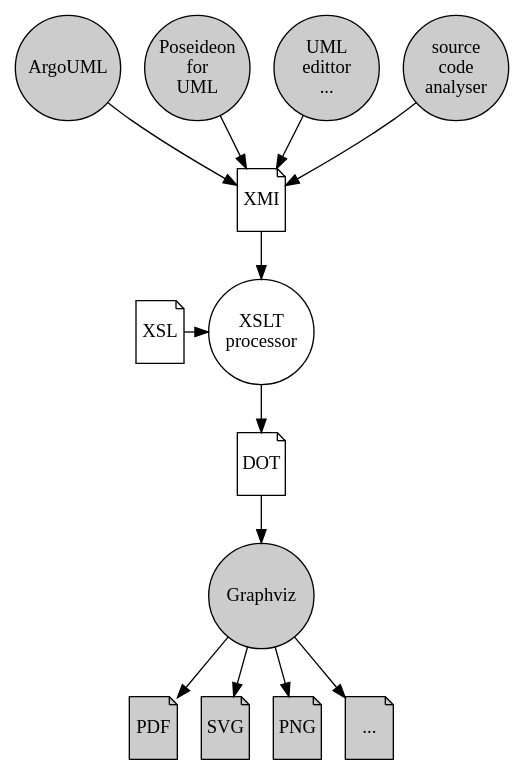
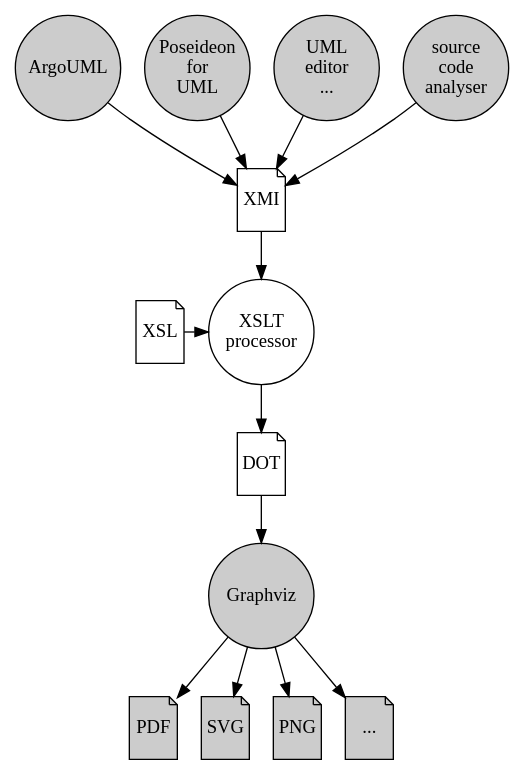
One commit to argouml-tigris-org/argouml-graphviz changed the diagram in www/flowchart.dot. Above: the diagram before and after it, drawn with Graphviz. The commit also changed 1 other file, not shown here.

```diff
--- a/www/flowchart.dot
+++ b/www/flowchart.dot
@@ -1,30 +1,30 @@
 digraph "flowchart" {
 	node [width=1.1 height=1.1 fixedsize=true ]
 	xmi [shape="note" label="XMI" width=.5 height=.65 ]
 	dot [shape="note" label="DOT" width=.5 height=.65 ]
 	xsl [shape="note" label="XSL" width=.5 height=.65 ]
 	pdf [shape="note" label="PDF" width=.5 height=.65 style=filled fillcolor="#cccccc" ]
 	svg [shape="note" label="SVG" width=.5 height=.65 style=filled fillcolor="#cccccc" ]
 	png [shape="note" label="PNG" width=.5 height=.65 style=filled fillcolor="#cccccc" ]
 	misc [shape="note" label="..." width=.5 height=.65 style=filled fillcolor="#cccccc" ]
 	xslt [label="XSLT\nprocessor" ]
 	graphviz [label="Graphviz" style=filled fillcolor="#cccccc" ]
 	argouml [label="ArgoUML" style=filled fillcolor="#cccccc" ]
 	poseideon [label="Poseideon\nfor\nUML" style=filled fillcolor="#cccccc" ]
-	other [label="UML\nedittor\n..." style=filled fillcolor="#cccccc" ]
+	other [label="UML\neditor\n..." style=filled fillcolor="#cccccc" ]
 	source [label="source\ncode\nanalyser" style=filled fillcolor="#cccccc" ]
 	argouml -> xmi
 	poseideon -> xmi
 	other -> xmi
 	source -> xmi
 	xmi -> xslt
 	xsl -> xslt
 	xslt -> dot
 	dot -> graphviz
 	graphviz -> pdf
 	graphviz -> svg
 	graphviz -> png
 	graphviz -> misc
 
 	{rank=same xsl xslt }
 }
```
